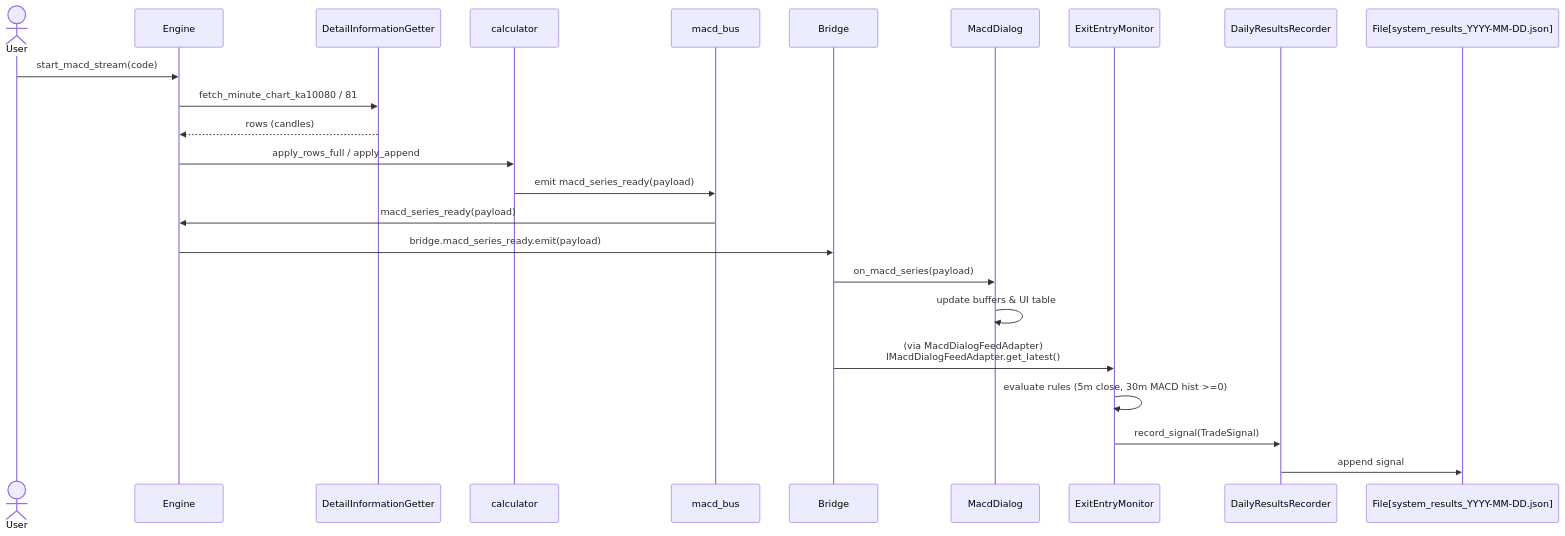
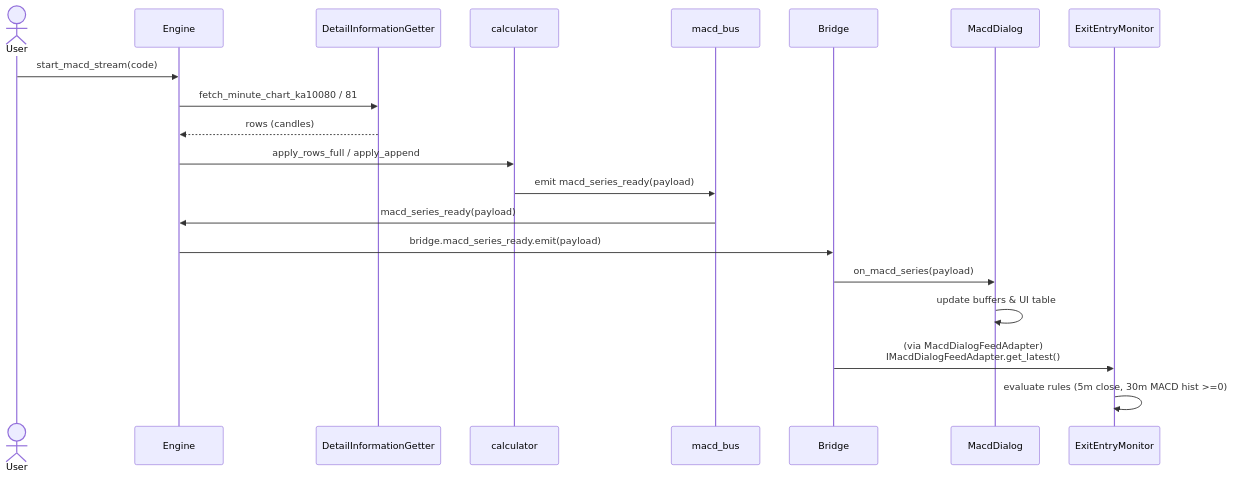
The diagram in trade_pro/exitpro.md (jihyunyang1208-crypto/AUT), drawn with Mermaid before and after one commit. The commit also changed 25 other files, not shown here.

````diff
--- a/trade_pro/exitpro.md
+++ b/trade_pro/exitpro.md
@@ -1,17 +1,15 @@
 ```mermaid
 sequenceDiagram
     actor User
     User->>Engine: start_macd_stream(code)
     Engine->>DetailInformationGetter: fetch_minute_chart_ka10080 / 81
     DetailInformationGetter-->>Engine: rows (candles)
     Engine->>calculator: apply_rows_full / apply_append
     calculator->>macd_bus: emit macd_series_ready(payload)
     macd_bus->>Engine: macd_series_ready(payload)
     Engine->>Bridge: bridge.macd_series_ready.emit(payload)
     Bridge->>MacdDialog: on_macd_series(payload)
     MacdDialog->>MacdDialog: update buffers & UI table
     Bridge->>ExitEntryMonitor: (via MacdDialogFeedAdapter)<br>IMacdDialogFeedAdapter.get_latest()
     ExitEntryMonitor->>ExitEntryMonitor: evaluate rules (5m close, 30m MACD hist >=0)
-    ExitEntryMonitor->>DailyResultsRecorder: record_signal(TradeSignal)
-    DailyResultsRecorder->>File[system_results_YYYY-MM-DD.json]: append signal
 ```
````
